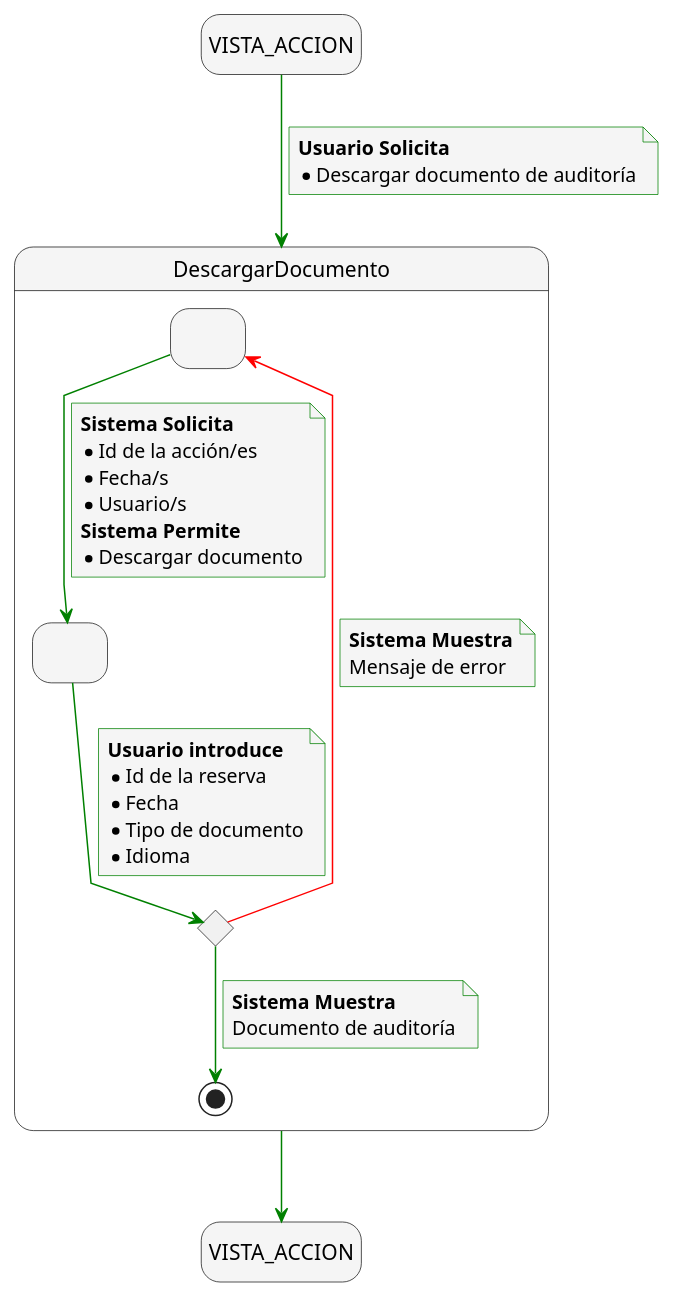
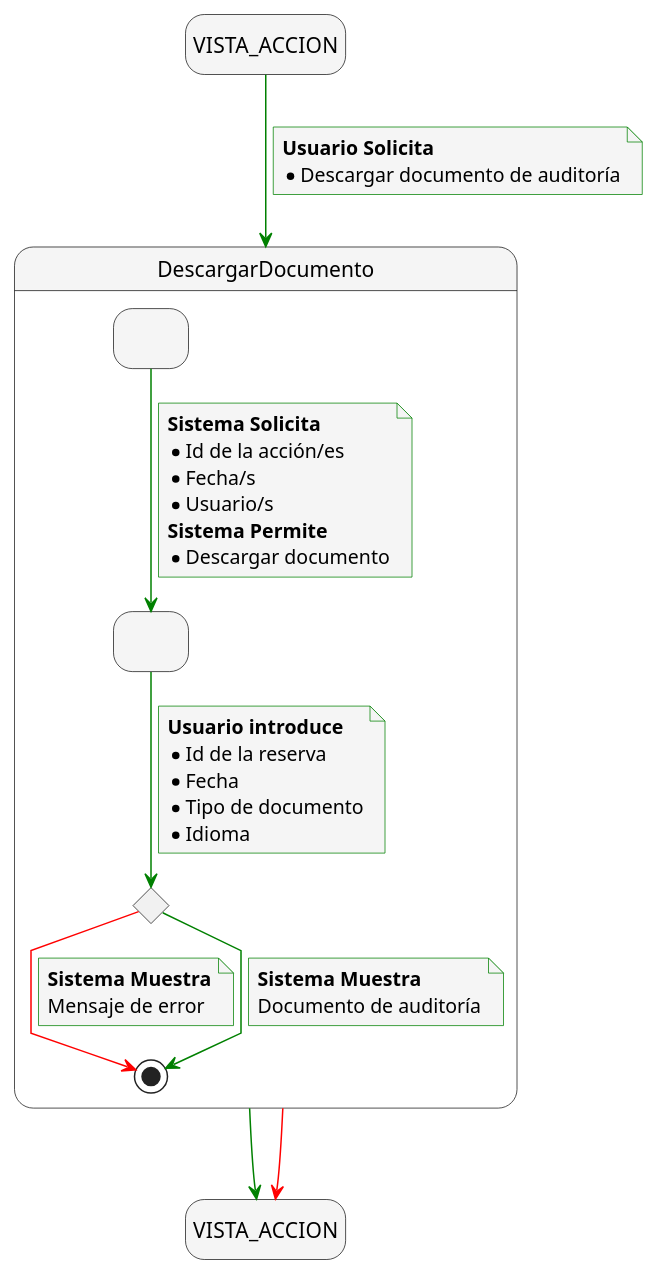
The diagram in docs/casosDeUso/detalladoCasosDeUso/detalladoAuditoria/detalladoDescargarDocumento.puml (mmasias/24-25-IdSw1-SDR), drawn with PlantUML before and after one commit. The commit also changed 5 other files, not shown here.

Commit message:
FIX/ agregar transiciones de error en los diagramas de auditoría

```diff
--- a/docs/casosDeUso/detalladoCasosDeUso/detalladoAuditoria/detalladoDescargarDocumento.puml
+++ b/docs/casosDeUso/detalladoCasosDeUso/detalladoAuditoria/detalladoDescargarDocumento.puml
@@ -1,63 +1,65 @@
 @startuml descargar_documento_auditoria
 skinparam {
     NoteBackgroundColor #whiteSmoke
     ArrowColor #green
     NoteBorderColor #green
     linetype polyline
 }
 
 skinparam state {
   BackgroundColor #whiteSmoke
 }
 
 hide empty description
 
 state startState as "VISTA_ACCION"
 state endState as "VISTA_ACCION"
 
 startState --> DescargarDocumento
 note on link
     <b>Usuario Solicita</b>
     * Descargar documento de auditoría
 end note
 
 DescargarDocumento --> endState
+DescargarDocumento  -[#red]-> endState
 
 state DescargarDocumento {
     state solicitudFiltros as " "
     state envioFiltros as " "
     state revisionFiltrosEnviados <<choice>>
 
     solicitudFiltros --> envioFiltros
     note on link
         <b>Sistema Solicita</b>
         * Id de la acción/es
         * Fecha/s
         * Usuario/s
         <b>Sistema Permite</b>
         * Descargar documento
     end note
 
     envioFiltros --> revisionFiltrosEnviados
     note on link
         <b>Usuario introduce</b>
         * Id de la reserva
         * Fecha
         * Tipo de documento
         * Idioma
     end note
 
-    revisionFiltrosEnviados -[#red]-> solicitudFiltros
+    revisionFiltrosEnviados -[#red]-> [*]
+
     note on link
         <b>Sistema Muestra</b>
         Mensaje de error
     end note
 
     revisionFiltrosEnviados --> [*]
     note on link
         <b>Sistema Muestra</b>
         Documento de auditoría
     end note
 }
 
 @enduml
```
